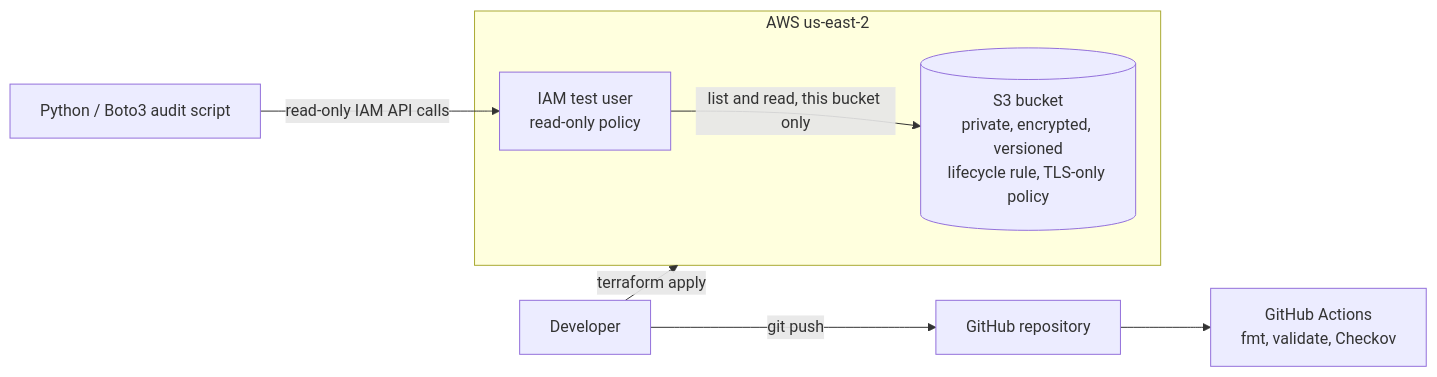
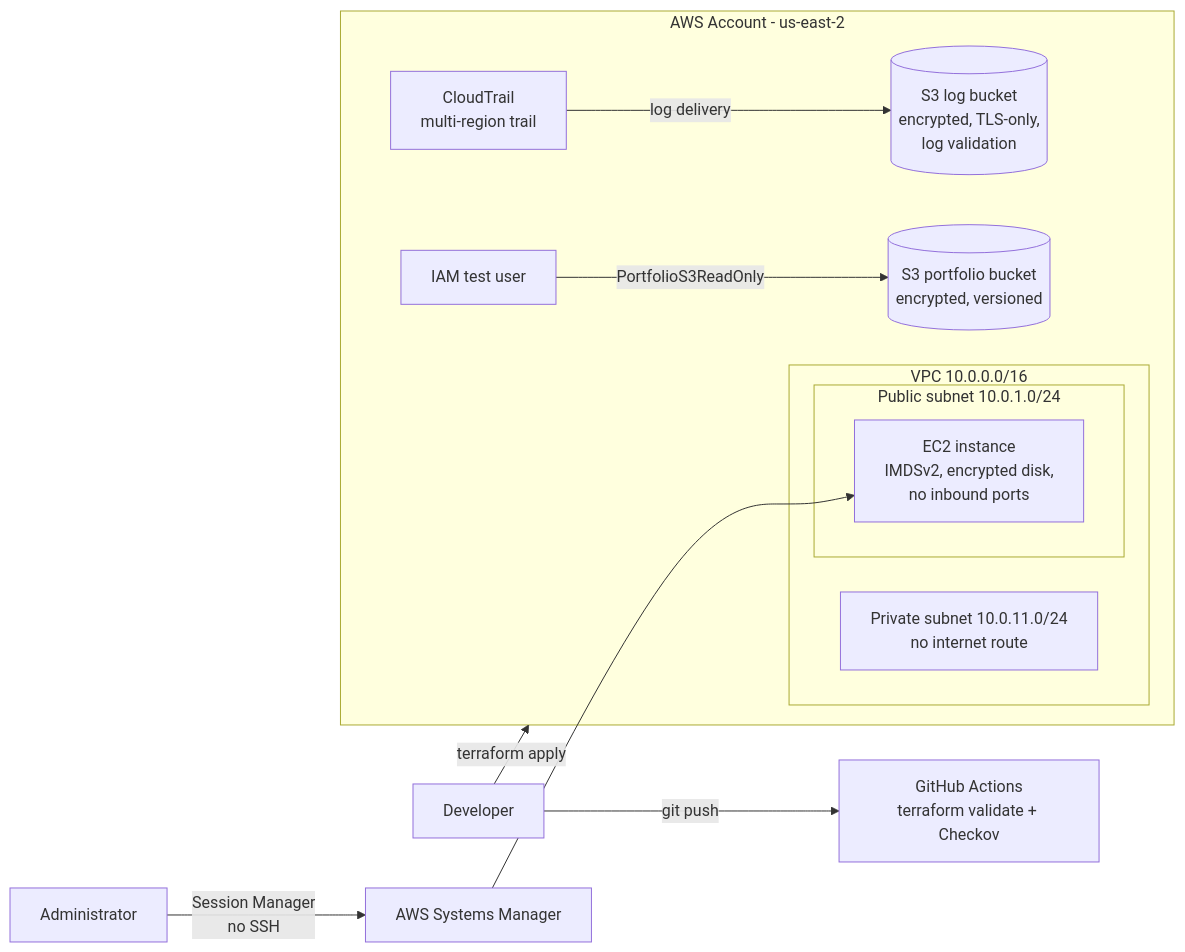
Before and after one commit to powerup33/AWS-secure-cloud-infrastructure-automation: the diagram in README.md, drawn with Mermaid. The commit also changed other lines of this file and 3 other files, not shown here.

Commit message:
Update README with CloudTrail, VPC, Session Manager, and design trade-offs

````diff
--- a/README.md
+++ b/README.md
@@ -18,14 +31,21 @@
 ```mermaid
 flowchart LR
-    Dev[Developer] -->|git push| GH[GitHub repository]
-    GH --> CI[GitHub Actions<br/>fmt, validate, Checkov]
+    Dev[Developer] -->|git push| GH[GitHub Actions<br/>terraform validate + Checkov]
     Dev -->|terraform apply| AWS
 
-    subgraph AWS[AWS us-east-2]
-        S3[(S3 bucket<br/>private, encrypted, versioned<br/>lifecycle rule, TLS-only policy)]
-        IAM[IAM test user<br/>read-only policy]
+    subgraph AWS[AWS Account - us-east-2]
+        CT[CloudTrail<br/>multi-region trail] -->|log delivery| LogBucket[(S3 log bucket<br/>encrypted, TLS-only,<br/>log validation)]
+        Data[(S3 portfolio bucket<br/>encrypted, versioned)]
+        IAMUser[IAM test user] -->|PortfolioS3ReadOnly| Data
+
+        subgraph VPC[VPC 10.0.0.0/16]
+            subgraph Public[Public subnet 10.0.1.0/24]
+                EC2[EC2 instance<br/>IMDSv2, encrypted disk,<br/>no inbound ports]
+            end
+            Private[Private subnet 10.0.11.0/24<br/>no internet route]
+        end
     end
 
-    IAM -->|list and read, this bucket only| S3
-    PY[Python / Boto3 audit script] -->|read-only IAM API calls| IAM
+    Admin[Administrator] -->|Session Manager<br/>no SSH| SSM[AWS Systems Manager]
+    SSM --> EC2
 ```
````
